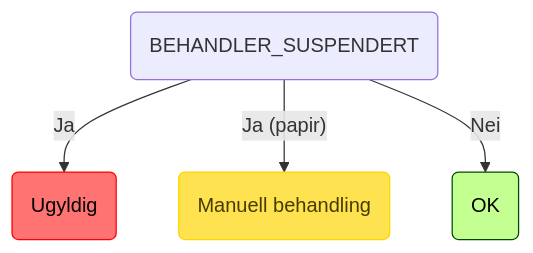
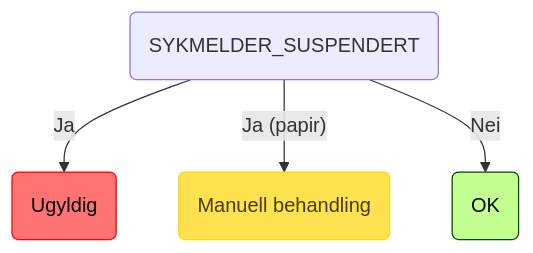
One commit to navikt/regulus-regula changed the first of 8 diagrams in README.md. Above: the diagram before and after it, drawn with Mermaid. The commit also changed other lines of this file and 23 other files, not shown here.

Commit message:
chore: rename behandler to sykmelder and fixed typos

````diff
--- a/README.md
+++ b/README.md
@@ -19,9 +19,9 @@
 ```mermaid
 graph TD
-    root(BEHANDLER_SUSPENDERT) -->|Ja| root_BEHANDLER_SUSPENDERT_INVALID(Ugyldig):::invalid
-    root(BEHANDLER_SUSPENDERT) -->|"Ja (papir)"| root_BEHANDLER_SUSPENDERT_INVALID_papir(Manuell behandling):::manuell
-    root(BEHANDLER_SUSPENDERT) -->|Nei| root_BEHANDLER_SUSPENDERT_OK(OK):::ok
+    root(SYKMELDER_SUSPENDERT) -->|Ja| root_SYKMELDER_SUSPENDERT_INVALID(Ugyldig):::invalid
+    root(SYKMELDER_SUSPENDERT) -->|"Ja (papir)"| root_SYKMELDER_SUSPENDERT_INVALID_papir(Manuell behandling):::manuell
+    root(SYKMELDER_SUSPENDERT) -->|Nei| root_SYKMELDER_SUSPENDERT_OK(OK):::ok
     classDef ok fill:#c3ff91,stroke:#004a00,color: black;
     classDef invalid fill:#ff7373,stroke:#ff0000,color: black;
     classDef manuell fill:#ffe24f,stroke:#ffd500,color: #473c00;
 ```
````
